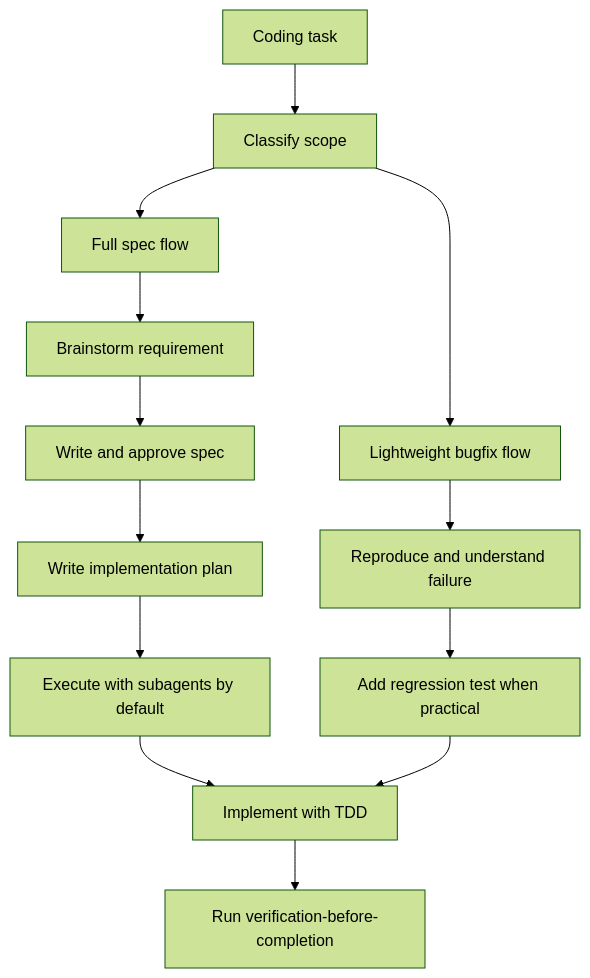
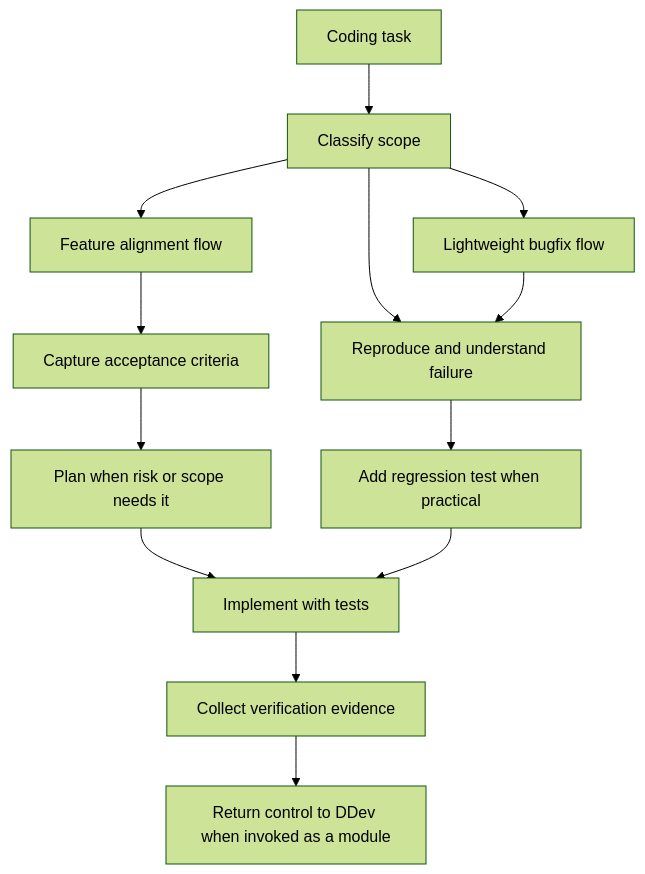
The diagram in skills/spec-driven-coding/README.md (deweyou/harness), drawn with Mermaid (forest theme) before and after one commit. The commit also changed other lines of this file and 82 other files, not shown here.

````diff
--- a/skills/spec-driven-coding/README.md
+++ b/skills/spec-driven-coding/README.md
@@ -14,15 +13,15 @@
 ```mermaid
 flowchart TD
     Task["Coding task"] --> Classify["Classify scope"]
-    Classify --> Full["Full spec flow"]
+    Classify --> Feature["Feature alignment flow"]
     Classify --> Bugfix["Lightweight bugfix flow"]
-    Full --> Brainstorm["Brainstorm requirement"]
-    Brainstorm --> Spec["Write and approve spec"]
-    Spec --> Plan["Write implementation plan"]
-    Plan --> Subagents["Execute with subagents by default"]
-    Subagents --> TDD["Implement with TDD"]
+    Classify --> Debug["Debugging flow"]
+    Feature --> Criteria["Capture acceptance criteria"]
+    Criteria --> Plan["Plan when risk or scope needs it"]
     Bugfix --> Debug["Reproduce and understand failure"]
     Debug --> Regression["Add regression test when practical"]
-    Regression --> TDD
-    TDD --> Verify["Run verification-before-completion"]
+    Plan --> Code["Implement with tests"]
+    Regression --> Code
+    Code --> Evidence["Collect verification evidence"]
+    Evidence --> DDev["Return control to DDev when invoked as a module"]
 ```
````
